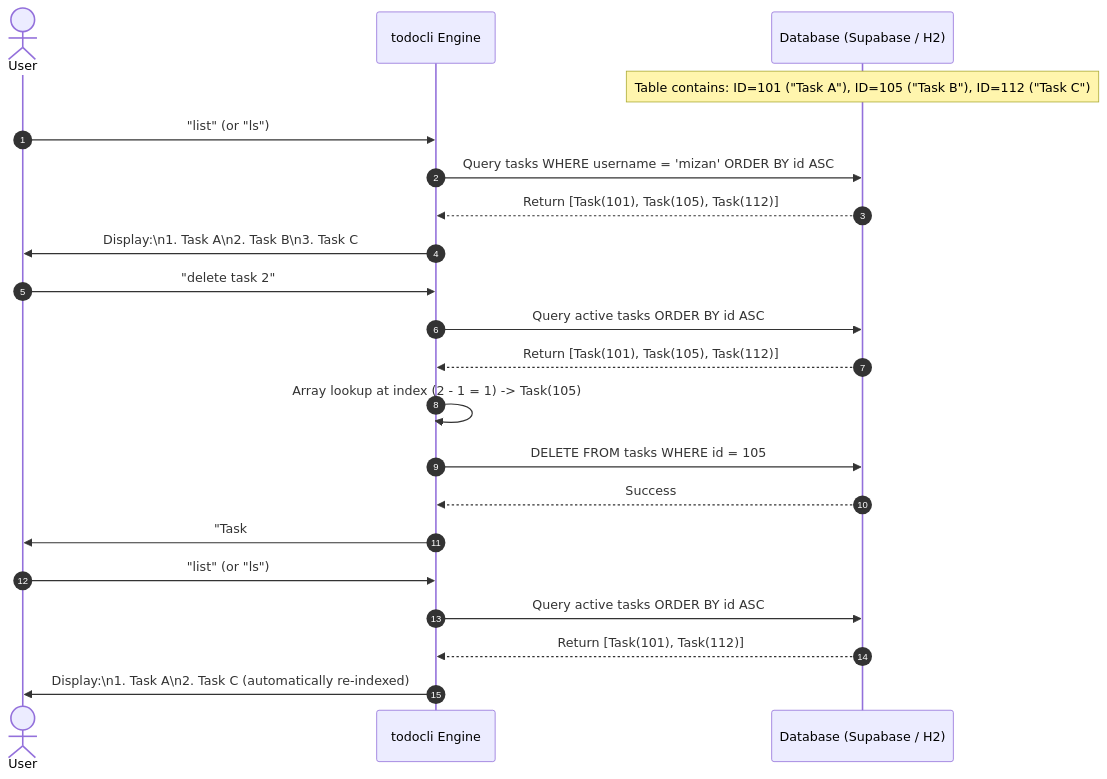
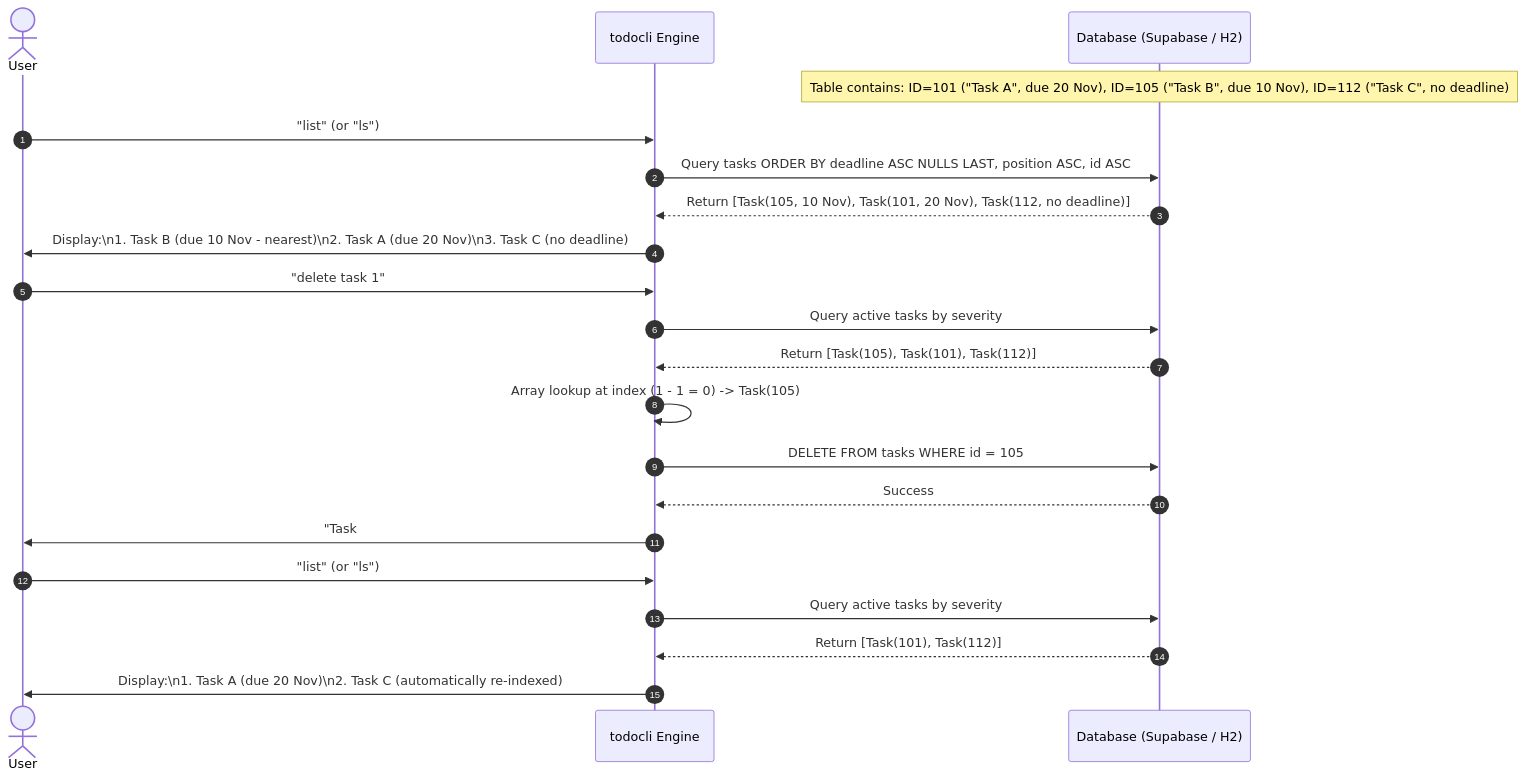
Before and after one commit to mizan-mondal/todocli: the sixth of 8 diagrams in DOCUMENTATION.md, drawn with Mermaid. The commit also changed other lines of this file and 8 other files, not shown here.

````diff
--- a/DOCUMENTATION.md
+++ b/DOCUMENTATION.md
@@ -781,26 +786,26 @@
 ```mermaid
 sequenceDiagram
     autonumber
     actor User as User
     participant CLI as todocli Engine
     participant DB as Database (Supabase / H2)
 
-    Note over DB: Table contains: ID=101 ("Task A"), ID=105 ("Task B"), ID=112 ("Task C")
+    Note over DB: Table contains: ID=101 ("Task A", due 20 Nov), ID=105 ("Task B", due 10 Nov), ID=112 ("Task C", no deadline)
     User->>CLI: "list" (or "ls")
-    CLI->>DB: Query tasks WHERE username = 'mizan' ORDER BY id ASC
-    DB-->>CLI: Return [Task(101), Task(105), Task(112)]
-    CLI->>User: Display:\n1. Task A\n2. Task B\n3. Task C
+    CLI->>DB: Query tasks ORDER BY deadline ASC NULLS LAST, position ASC, id ASC
+    DB-->>CLI: Return [Task(105, 10 Nov), Task(101, 20 Nov), Task(112, no deadline)]
+    CLI->>User: Display:\n1. Task B (due 10 Nov - nearest)\n2. Task A (due 20 Nov)\n3. Task C (no deadline)
 
-    User->>CLI: "delete task 2"
-    CLI->>DB: Query active tasks ORDER BY id ASC
-    DB-->>CLI: Return [Task(101), Task(105), Task(112)]
-    CLI->>CLI: Array lookup at index (2 - 1 = 1) -> Task(105)
+    User->>CLI: "delete task 1"
+    CLI->>DB: Query active tasks by severity
+    DB-->>CLI: Return [Task(105), Task(101), Task(112)]
+    CLI->>CLI: Array lookup at index (1 - 1 = 0) -> Task(105)
     CLI->>DB: DELETE FROM tasks WHERE id = 105
     DB-->>CLI: Success
-    CLI->>User: "Task #2 deleted: \"Task B\""
+    CLI->>User: "Task #1 deleted: \"Task B\""
 
     User->>CLI: "list" (or "ls")
-    CLI->>DB: Query active tasks ORDER BY id ASC
+    CLI->>DB: Query active tasks by severity
     DB-->>CLI: Return [Task(101), Task(112)]
-    CLI->>User: Display:\n1. Task A\n2. Task C (automatically re-indexed)
+    CLI->>User: Display:\n1. Task A (due 20 Nov)\n2. Task C (automatically re-indexed)
 ```
````
